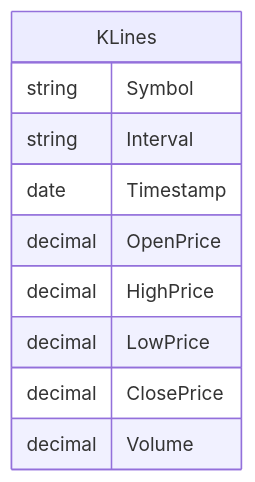
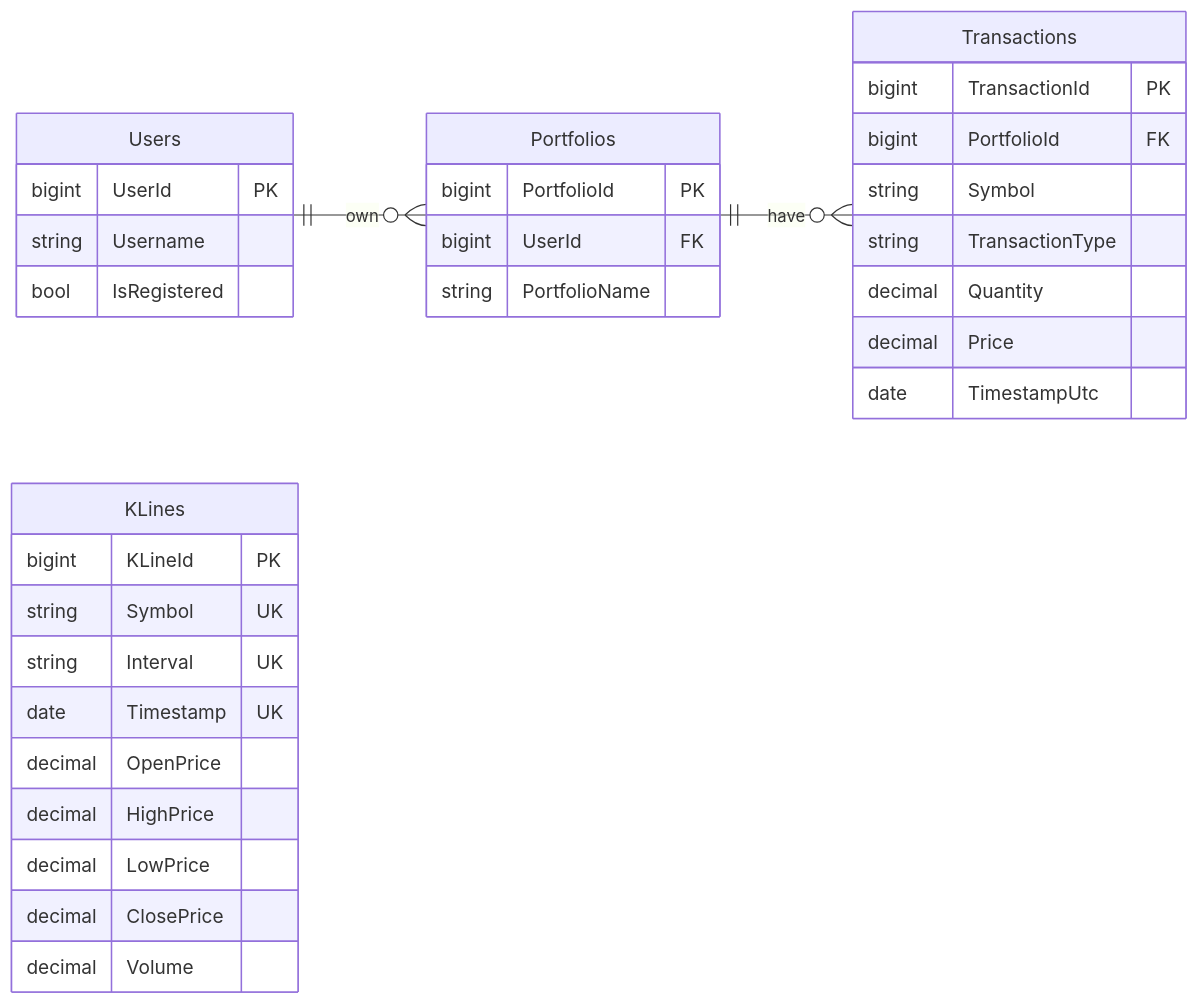
Before and after one commit to abardandev/tech-docs: the fourth of 4 diagrams in tech-docs/docs/index.md, drawn with Mermaid.

````diff
--- a/tech-docs/docs/index.md
+++ b/tech-docs/docs/index.md
@@ -97,13 +97,36 @@
 ```mermaid
 erDiagram
-    KL[KLines] {
+    direction LR
+    Users {
+        bigint UserId PK
+        string Username
+        bool IsRegistered
+    }
+    Portfolios {
+        bigint PortfolioId PK
+        bigint UserId FK
+        string PortfolioName
+    }
+    Transactions {
+        bigint TransactionId PK
+        bigint PortfolioId FK
         string Symbol
-        string Interval
-        date Timestamp
+        string TransactionType
+        decimal Quantity
+        decimal Price
+        date TimestampUtc
+    }
+    KLines[KLines] {
+        bigint KLineId PK
+        string Symbol UK
+        string Interval UK
+        date Timestamp UK
         decimal OpenPrice
         decimal HighPrice
         decimal LowPrice
         decimal ClosePrice
         decimal Volume
     }
+    Users ||--o{ Portfolios : own
+    Portfolios ||--o{ Transactions : have
 ```
````
